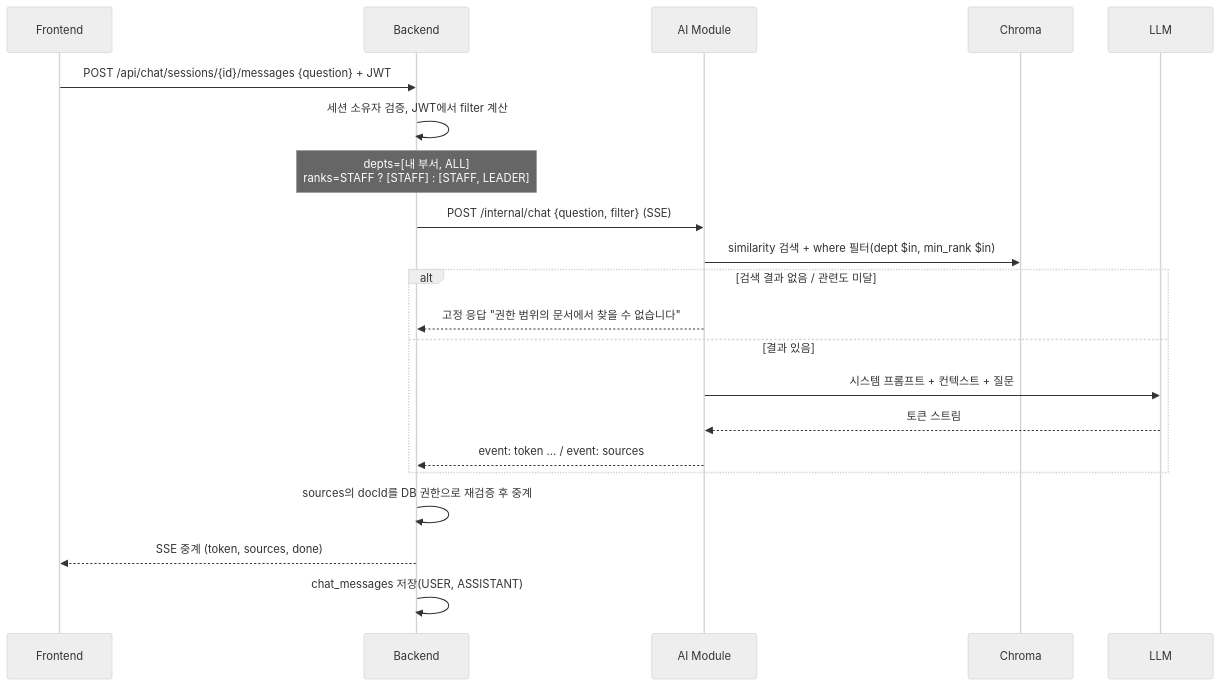
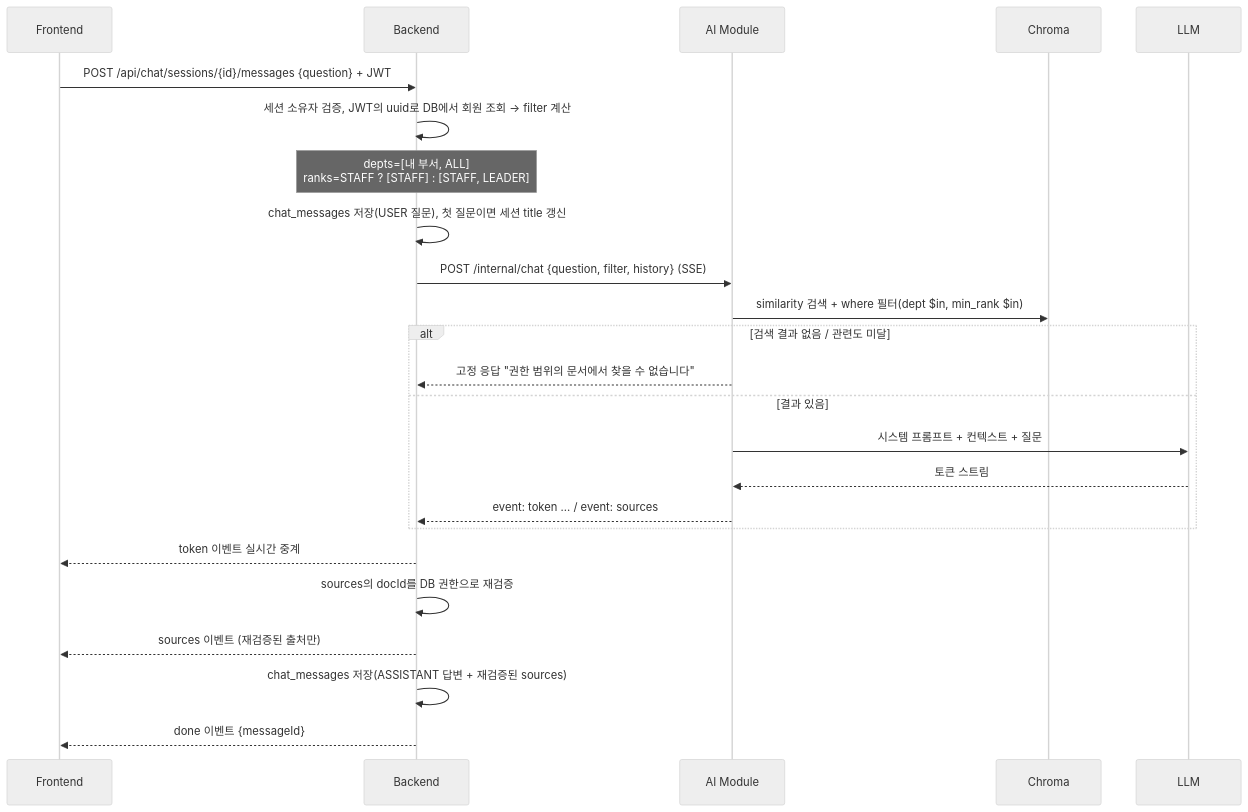
One commit to sheok13/baton-secure-handover changed the third of 3 diagrams in docs/2.시스템아키텍처설계서.md. Above: the diagram before and after it, drawn with Mermaid (neutral theme). The commit also changed other lines of this file and 3 other files, not shown here.

````diff
--- a/docs/2.시스템아키텍처설계서.md
+++ b/docs/2.시스템아키텍처설계서.md
@@ -111,23 +119,26 @@
 ```mermaid
 sequenceDiagram
   participant FE as Frontend
   participant BE as Backend
   participant AI as AI Module
   participant V as Chroma
   participant L as LLM
   FE->>BE: POST /api/chat/sessions/{id}/messages {question} + JWT
-  BE->>BE: 세션 소유자 검증, JWT에서 filter 계산
+  BE->>BE: 세션 소유자 검증, JWT의 uuid로 DB에서 회원 조회 → filter 계산
   Note over BE: depts=[내 부서, ALL]<br/>ranks=STAFF ? [STAFF] : [STAFF, LEADER]
-  BE->>AI: POST /internal/chat {question, filter} (SSE)
+  BE->>BE: chat_messages 저장(USER 질문), 첫 질문이면 세션 title 갱신
+  BE->>AI: POST /internal/chat {question, filter, history} (SSE)
   AI->>V: similarity 검색 + where 필터(dept $in, min_rank $in)
   alt 검색 결과 없음 / 관련도 미달
     AI-->>BE: 고정 응답 "권한 범위의 문서에서 찾을 수 없습니다"
   else 결과 있음
     AI->>L: 시스템 프롬프트 + 컨텍스트 + 질문
     L-->>AI: 토큰 스트림
     AI-->>BE: event: token ... / event: sources
   end
-  BE->>BE: sources의 docId를 DB 권한으로 재검증 후 중계
-  BE-->>FE: SSE 중계 (token, sources, done)
-  BE->>BE: chat_messages 저장(USER, ASSISTANT)
+  BE-->>FE: token 이벤트 실시간 중계
+  BE->>BE: sources의 docId를 DB 권한으로 재검증
+  BE-->>FE: sources 이벤트 (재검증된 출처만)
+  BE->>BE: chat_messages 저장(ASSISTANT 답변 + 재검증된 sources)
+  BE-->>FE: done 이벤트 {messageId}
 ```
````
